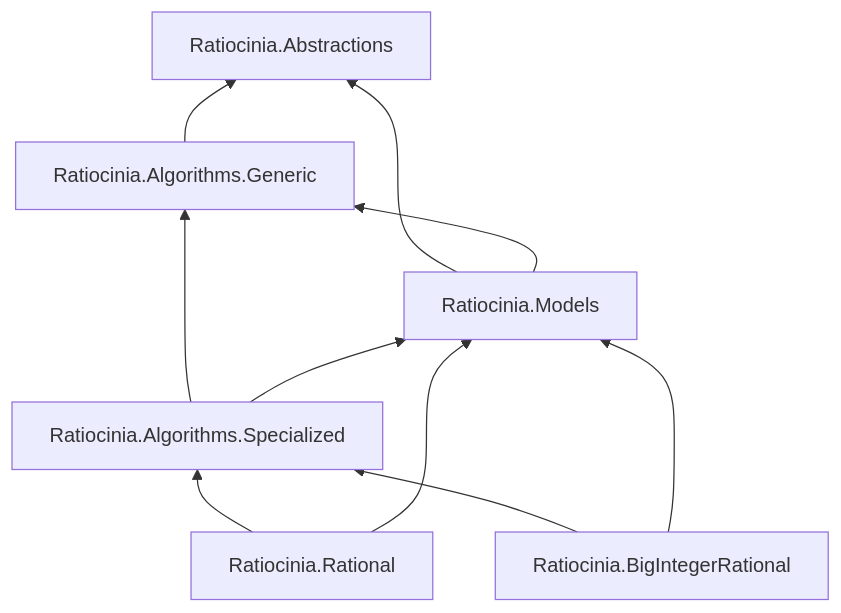
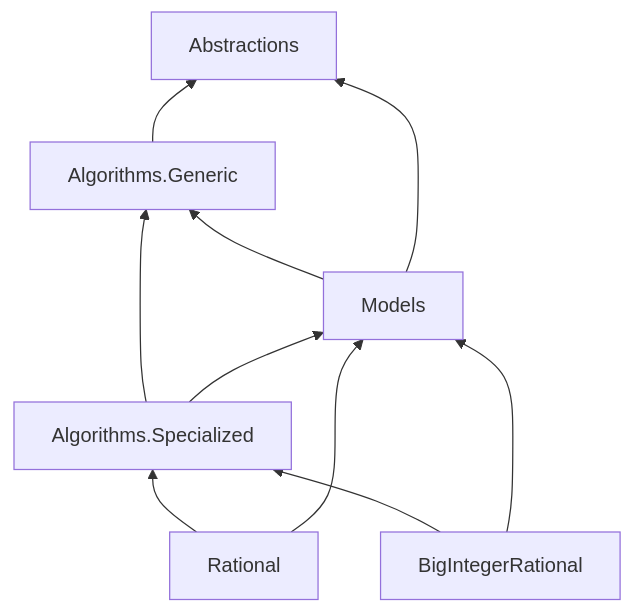
One commit to qbit86/ratiocinia changed the diagram in README.md. Above: the diagram before and after it, drawn with Mermaid.

Commit message:
Update project references in README.md for clarity

````diff
--- a/README.md
+++ b/README.md
@@ -87,19 +87,19 @@
 ```mermaid
 graph BT
-  Abstractions["Ratiocinia.Abstractions"]
-  AlgorithmsGeneric["Ratiocinia.Algorithms.Generic"]
-  Models["Ratiocinia.Models"]
-  AlgorithmsSpecialized["Ratiocinia.Algorithms.Specialized"]
-  Rational["Ratiocinia.Rational"]
-  BigIntegerRational["Ratiocinia.BigIntegerRational"]
+  Abstractions["Abstractions"]
+  AlgorithmsGeneric["Algorithms.Generic"]
+  Models["Models"]
+  AlgorithmsSpecialized["Algorithms.Specialized"]
+  Rational["Rational"]
+  BigIntegerRational["BigIntegerRational"]
 
   AlgorithmsGeneric --> Abstractions
+  Models --> AlgorithmsGeneric
   Models --> Abstractions
-  Models --> AlgorithmsGeneric
   AlgorithmsSpecialized --> AlgorithmsGeneric
   AlgorithmsSpecialized --> Models
   Rational --> AlgorithmsSpecialized
   Rational --> Models
   BigIntegerRational --> AlgorithmsSpecialized
   BigIntegerRational --> Models
 ```
````
